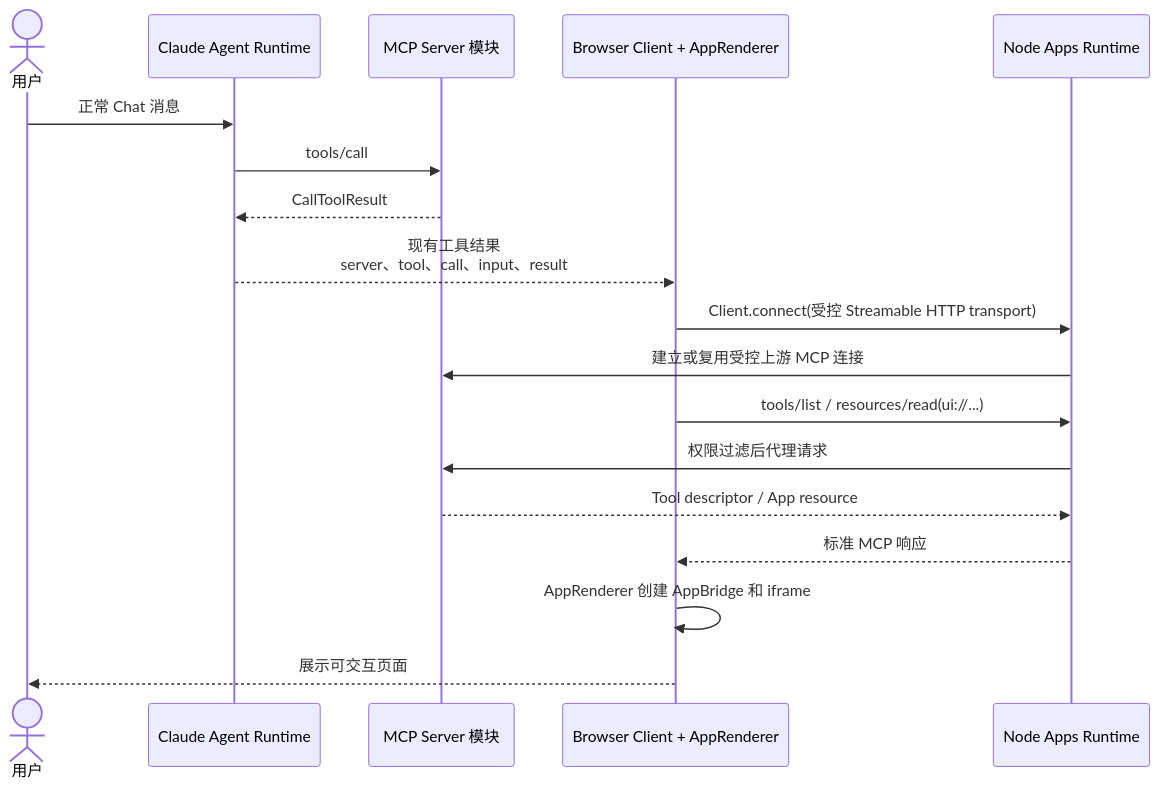
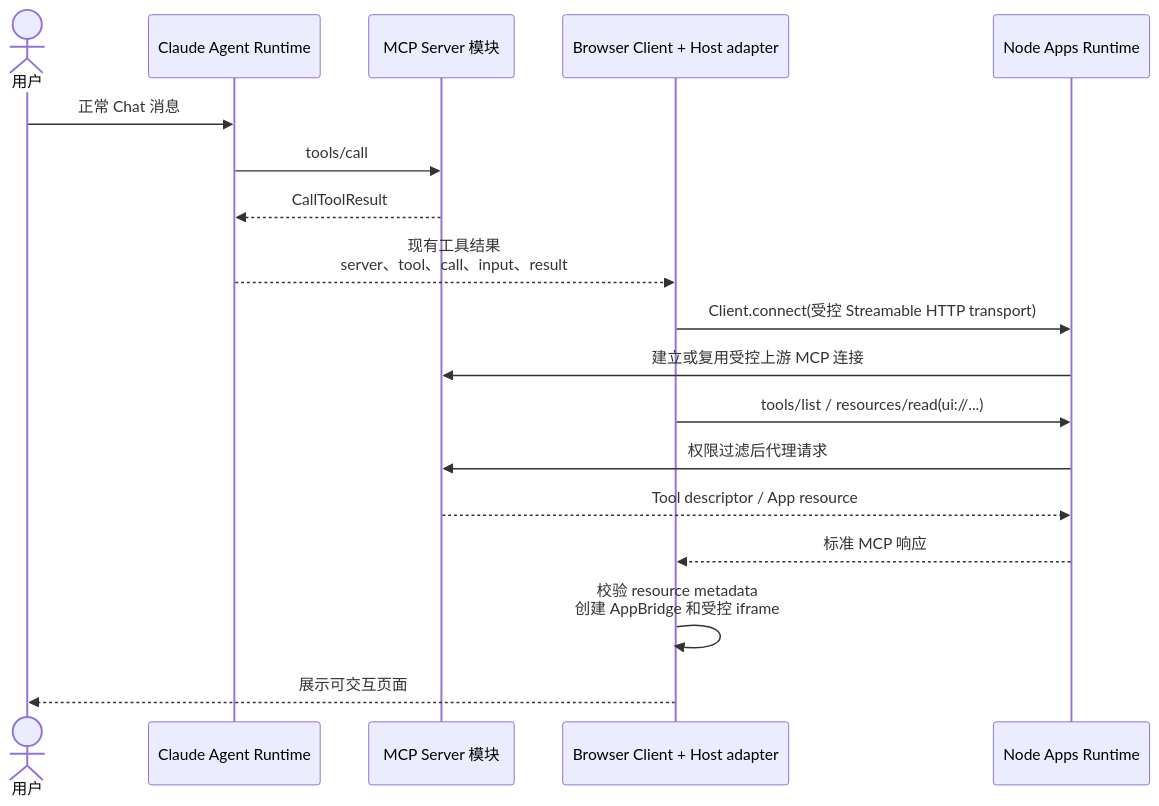
One commit to glide-the/im-dream changed the second of 3 diagrams in docs/design/claude-agent/mcp-apps-integration-strategy.md. Above: the diagram before and after it, drawn with Mermaid. The commit also changed other lines of this file and 813 other files, not shown here.

Commit message:
feat(mcp-apps): integrate governed host and consolidate frontend app

````diff
--- a/docs/design/claude-agent/mcp-apps-integration-strategy.md
+++ b/docs/design/claude-agent/mcp-apps-integration-strategy.md
@@ -87,21 +88,21 @@
 ```mermaid
 sequenceDiagram
     actor U as 用户
     participant A as Claude Agent Runtime
     participant S as MCP Server 模块
-    participant B as Browser Client + AppRenderer
+    participant B as Browser Client + Host adapter
     participant N as Node Apps Runtime
 
     U->>A: 正常 Chat 消息
     A->>S: tools/call
     S-->>A: CallToolResult
     A-->>B: 现有工具结果<br/>server、tool、call、input、result
     B->>N: Client.connect(受控 Streamable HTTP transport)
     N->>S: 建立或复用受控上游 MCP 连接
     B->>N: tools/list / resources/read(ui://...)
     N->>S: 权限过滤后代理请求
     S-->>N: Tool descriptor / App resource
     N-->>B: 标准 MCP 响应
-    B->>B: AppRenderer 创建 AppBridge 和 iframe
+    B->>B: 校验 resource metadata<br/>创建 AppBridge 和受控 iframe
     B-->>U: 展示可交互页面
 ```
````
